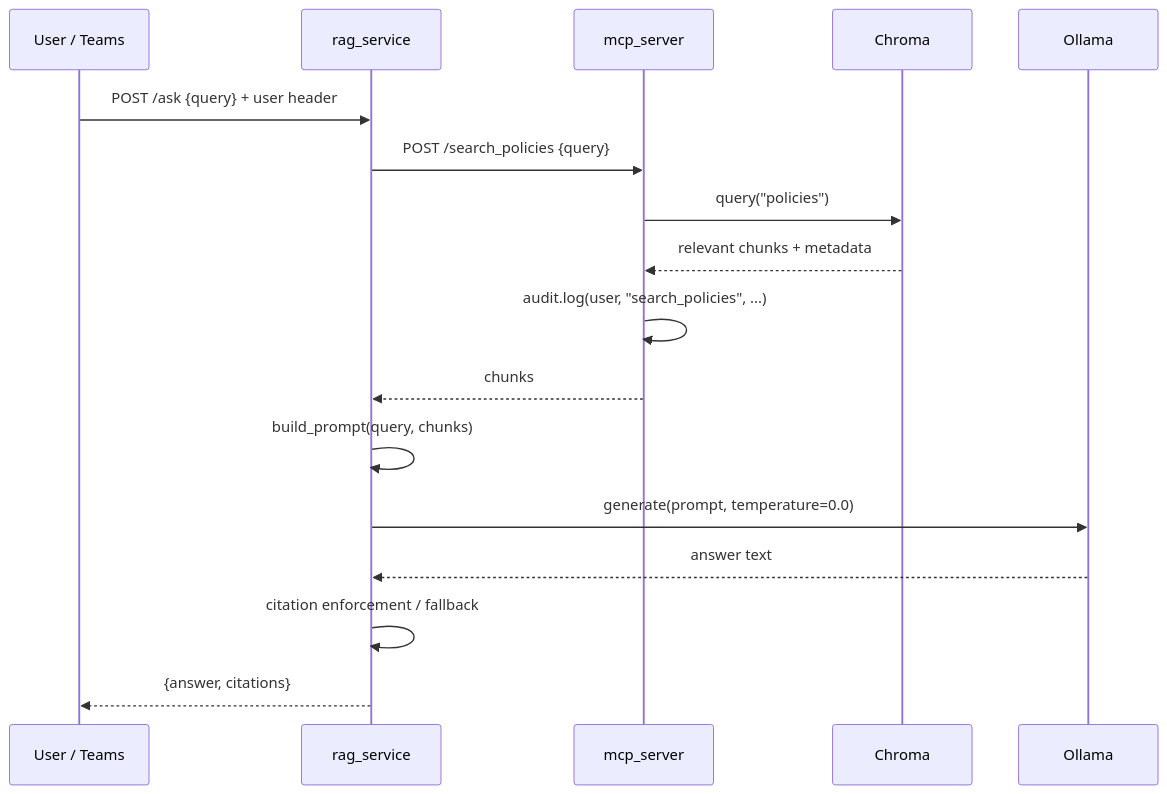
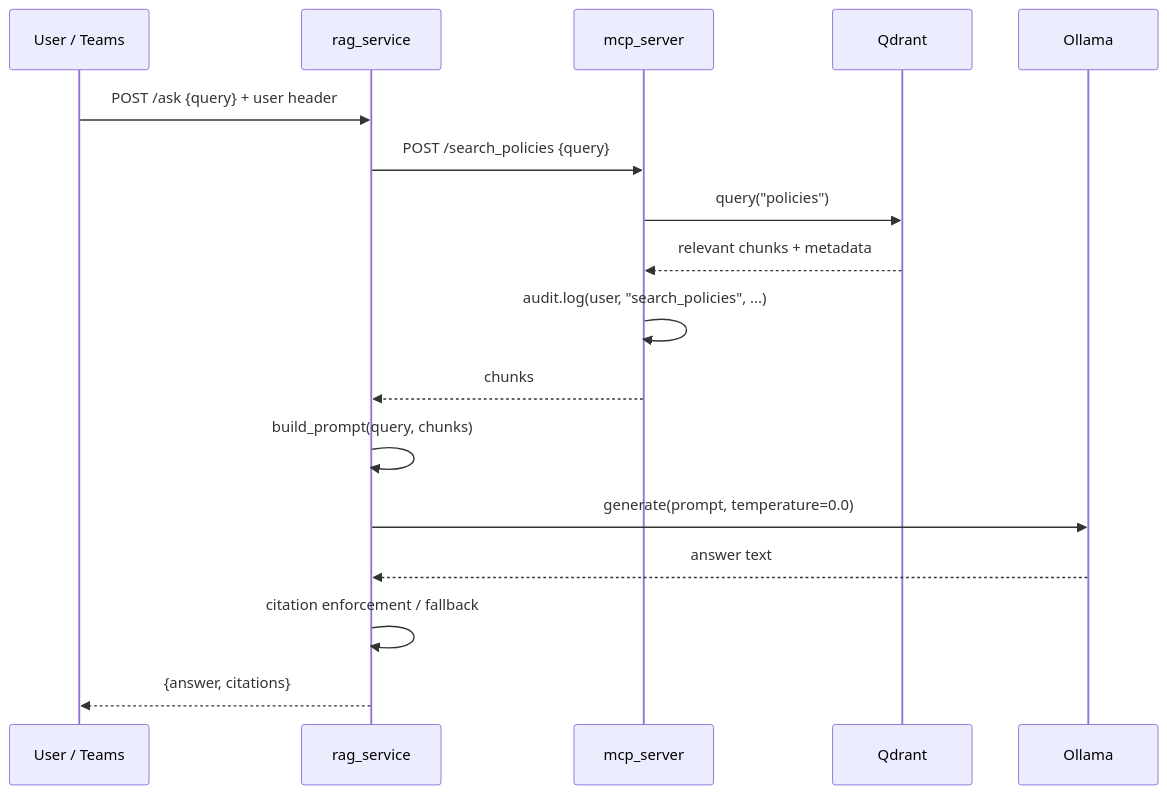
Before and after one commit to nprasann/state-policy-rag-starter: the fourth of 8 diagrams in docs/ARCHITECTURE.md, drawn with Mermaid. The commit also changed other lines of this file and 20 other files, not shown here.

````diff
--- a/docs/ARCHITECTURE.md
+++ b/docs/ARCHITECTURE.md
@@ -201,20 +201,20 @@
 ```mermaid
 sequenceDiagram
     participant U as User / Teams
     participant R as rag_service
     participant M as mcp_server
-    participant C as Chroma
+    participant C as Qdrant
     participant O as Ollama
 
     U->>R: POST /ask {query} + user header
     R->>M: POST /search_policies {query}
     M->>C: query("policies")
     C-->>M: relevant chunks + metadata
     M->>M: audit.log(user, "search_policies", ...)
     M-->>R: chunks
     R->>R: build_prompt(query, chunks)
     R->>O: generate(prompt, temperature=0.0)
     O-->>R: answer text
     R->>R: citation enforcement / fallback
     R-->>U: {answer, citations}
 ```
````
